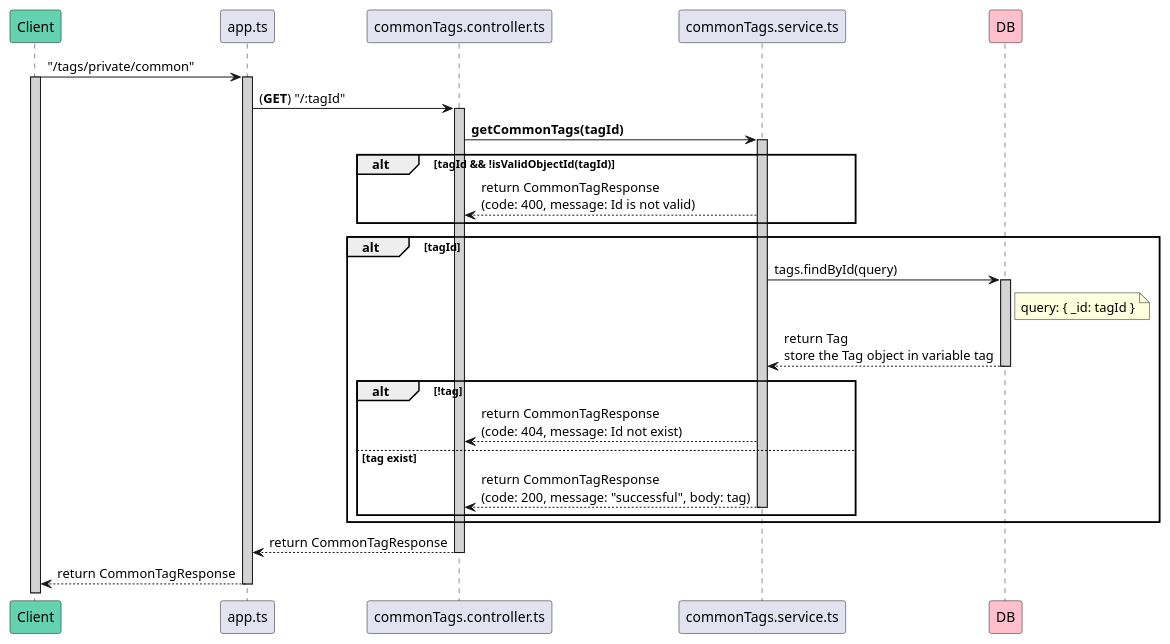
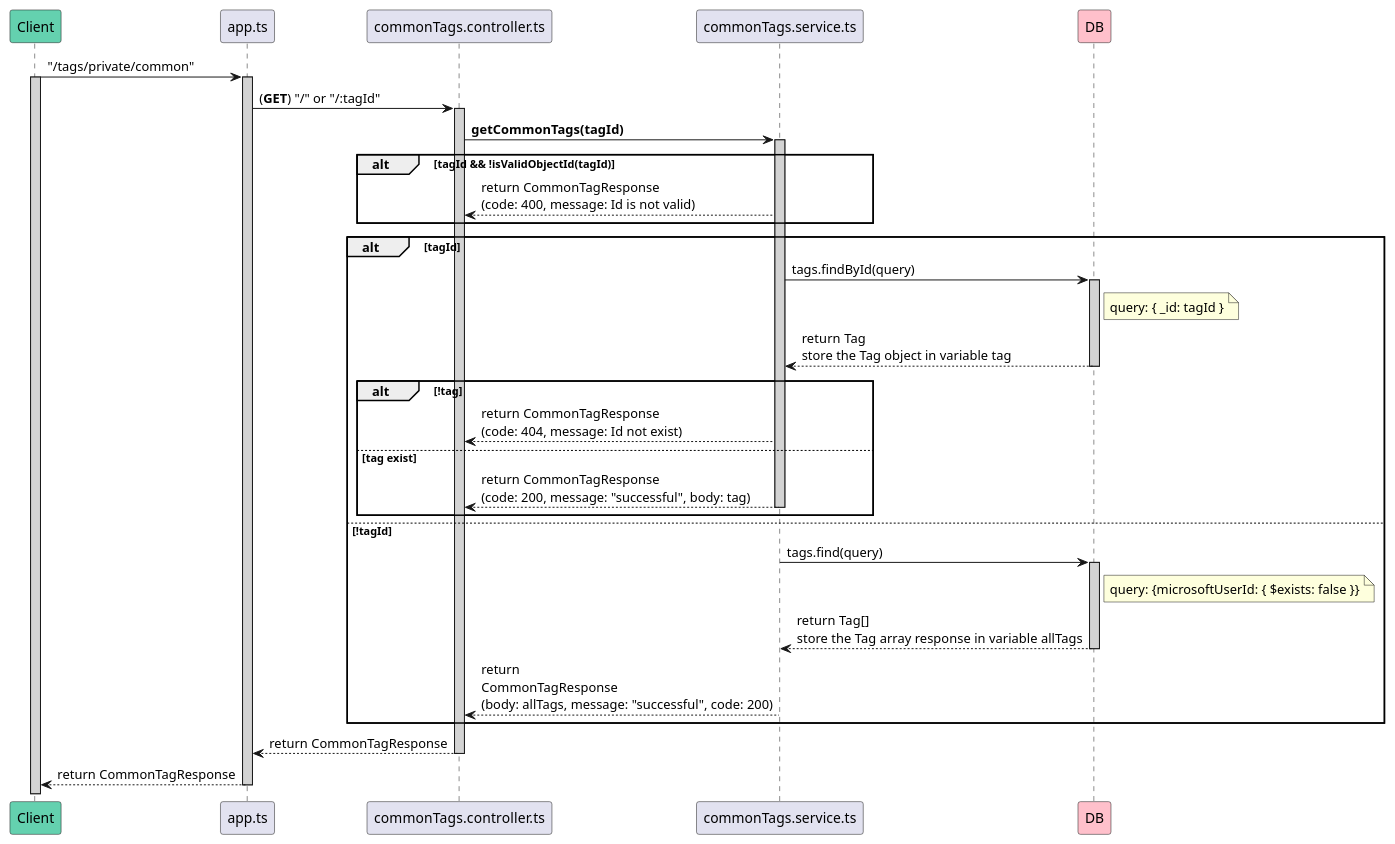
Before and after one commit to avasoft-mobility/workday-design: the diagram in backend/tag_servcie/sequence_diagram/get_common_tags_by_id.sequence.puml, drawn with PlantUML.

Commit message:
Make get common tags EP and get common tag by Id EP as a single EP

```diff
--- a/backend/tag_servcie/sequence_diagram/get_common_tags_by_id.sequence.puml
+++ b/backend/tag_servcie/sequence_diagram/get_common_tags_by_id.sequence.puml
@@ -1,40 +1,50 @@
 @startuml getCommonTags
 participant Client #64D1AF
 participant app.ts
 participant commonTags.controller.ts
 participant commonTags.service.ts
 participant DB #FFC0CB
 
 Client -> app.ts : "/tags/private/common"
 activate Client #D3D3D3
 activate app.ts #D3D3D3
 
-app.ts -> commonTags.controller.ts : (**GET**) "/:tagId"
+app.ts -> commonTags.controller.ts : (**GET**) "/" or "/:tagId"
 activate commonTags.controller.ts #D3D3D3
 
 commonTags.controller.ts -> commonTags.service.ts : **getCommonTags(tagId)**
 activate commonTags.service.ts #D3D3D3
 
 alt tagId && !isValidObjectId(tagId)
     commonTags.controller.ts <-- commonTags.service.ts : return CommonTagResponse\n(code: 400, message: Id is not valid)
 end
 
 alt tagId
     commonTags.service.ts -> DB : tags.findById(query)
     activate DB #D3D3D3
     note right of DB: query: { _id: tagId }
     commonTags.service.ts <-- DB : return Tag\nstore the Tag object in variable tag
     deactivate DB
     alt !tag
         commonTags.controller.ts <-- commonTags.service.ts : return CommonTagResponse\n(code: 404, message: Id not exist)
     else tag exist
         return return CommonTagResponse\n(code: 200, message: "successful", body: tag)
     end
+else !tagId
+    commonTags.service.ts -> DB : tags.find(query)
+    activate DB #D3D3D3
+    note right of DB: query: {microsoftUserId: { $exists: false }}
+
+    commonTags.service.ts <-- DB : return Tag[]\nstore the Tag array response in variable allTags
+    deactivate DB
+
+    commonTags.controller.ts <-- commonTags.service.ts: return\nCommonTagResponse\n(body: allTags, message: "successful", code: 200)
+    deactivate commonTags.service.ts
 end
 
 app.ts <-- commonTags.controller.ts: return CommonTagResponse
 deactivate commonTags.controller.ts
 
 Client <-- app.ts : return CommonTagResponse
 deactivate app.ts
 @enduml
```
